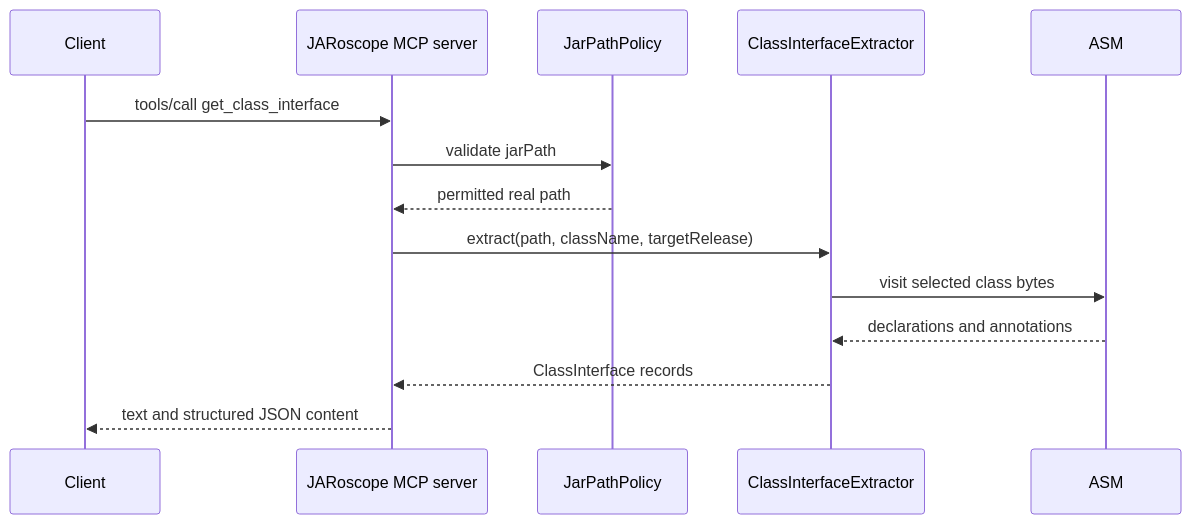
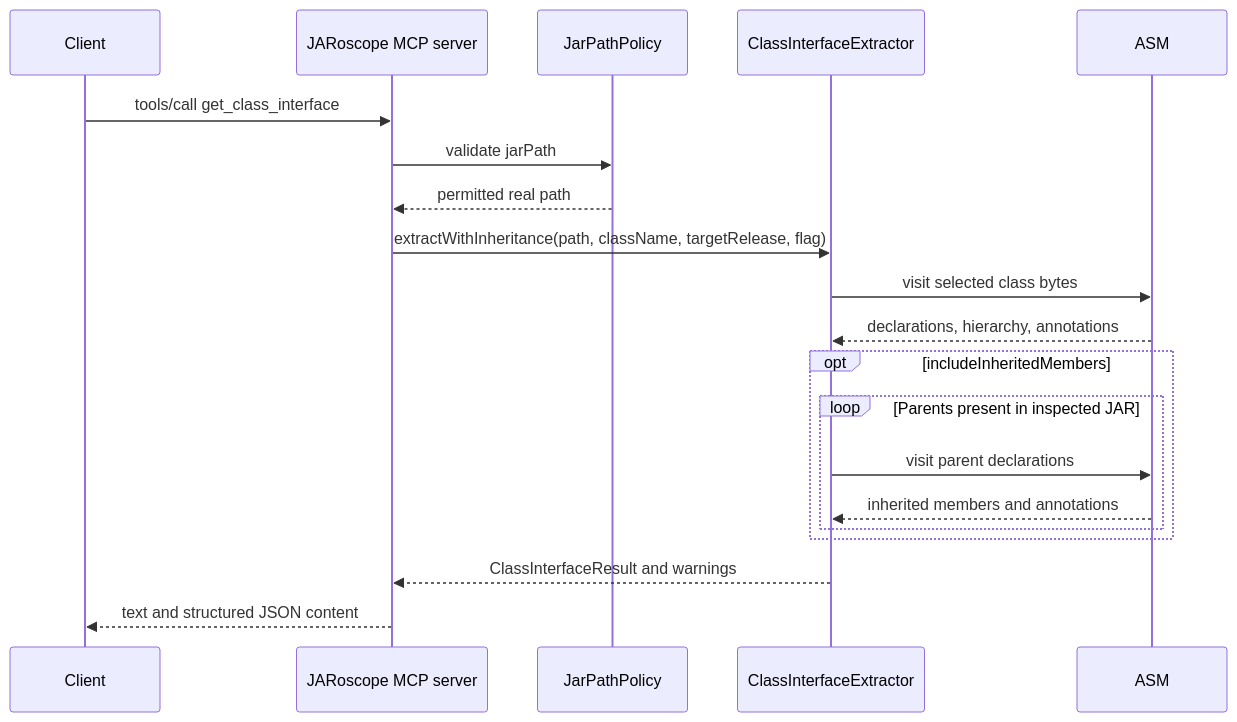
The diagram in docs/tools/get-class-interface.md (Kait0u/jaroscope), drawn with Mermaid before and after one commit. The commit also changed other lines of this file and 22 other files, not shown here.

Commit message:
Resolve inherited class members from inspected JARs.

````diff
--- a/docs/tools/get-class-interface.md
+++ b/docs/tools/get-class-interface.md
@@ -46,16 +48,22 @@
 ```mermaid
 sequenceDiagram
     participant Client
     participant MCP as JARoscope MCP server
     participant Policy as JarPathPolicy
     participant Extractor as ClassInterfaceExtractor
     participant ASM as ASM
     Client->>MCP: tools/call get_class_interface
     MCP->>Policy: validate jarPath
     Policy-->>MCP: permitted real path
-    MCP->>Extractor: extract(path, className, targetRelease)
+    MCP->>Extractor: extractWithInheritance(path, className, targetRelease, flag)
     Extractor->>ASM: visit selected class bytes
-    ASM-->>Extractor: declarations and annotations
-    Extractor-->>MCP: ClassInterface records
+    ASM-->>Extractor: declarations, hierarchy, annotations
+    opt includeInheritedMembers
+        loop Parents present in inspected JAR
+            Extractor->>ASM: visit parent declarations
+            ASM-->>Extractor: inherited members and annotations
+        end
+    end
+    Extractor-->>MCP: ClassInterfaceResult and warnings
     MCP-->>Client: text and structured JSON content
 ```
````
